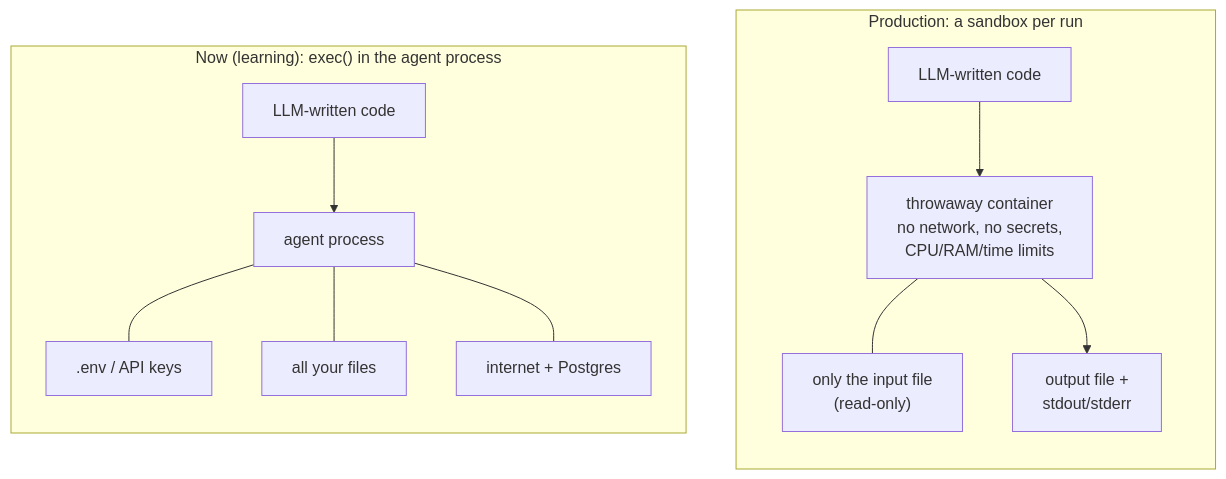
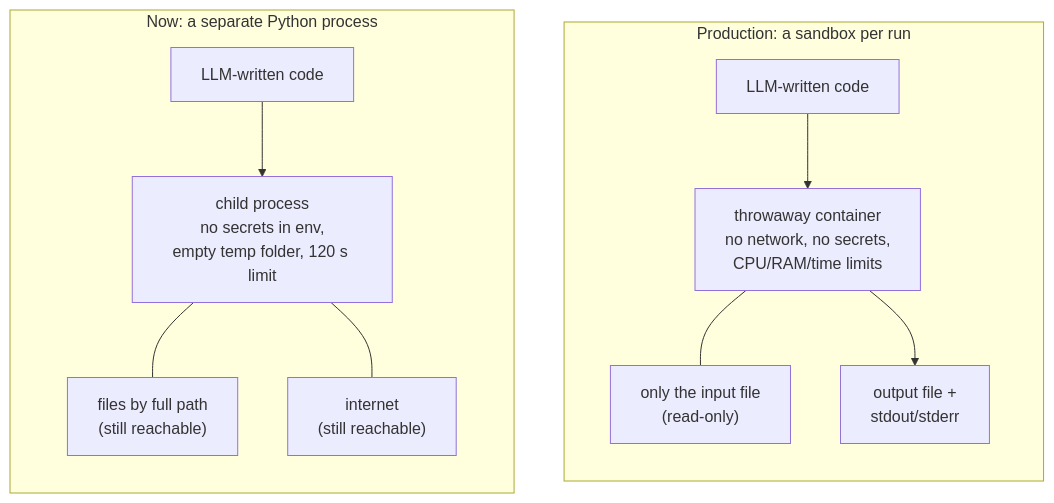
Before and after one commit to joanasoares0/data_agent: diagram 11 of 11 in README.md, drawn with Mermaid. The commit also changed other lines of this file and 8 other files, not shown here.

````diff
--- a/README.md
+++ b/README.md
@@ -619,17 +635,16 @@
 ```mermaid
 flowchart LR
-    subgraph now["Now (learning): exec() in the agent process"]
+    subgraph now["Now: a separate Python process"]
         direction TB
-        n1["LLM-written code"] --> n2["agent process"]
-        n2 --- n3[".env / API keys"]
-        n2 --- n4["all your files"]
-        n2 --- n5["internet + Postgres"]
+        n1["LLM-written code"] --> n2["child process<br/>no secrets in env,<br/>empty temp folder, 120 s limit"]
+        n2 --- n4["files by full path<br/>(still reachable)"]
+        n2 --- n5["internet<br/>(still reachable)"]
     end
     subgraph prod["Production: a sandbox per run"]
         direction TB
         p1["LLM-written code"] --> p2["throwaway container<br/>no network, no secrets,<br/>CPU/RAM/time limits"]
         p2 --- p3["only the input file<br/>(read-only)"]
         p2 --> p4["output file +<br/>stdout/stderr"]
     end
     now ~~~ prod
 ```
````
